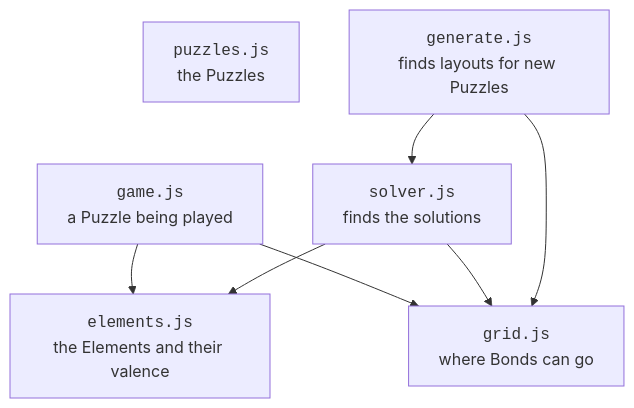
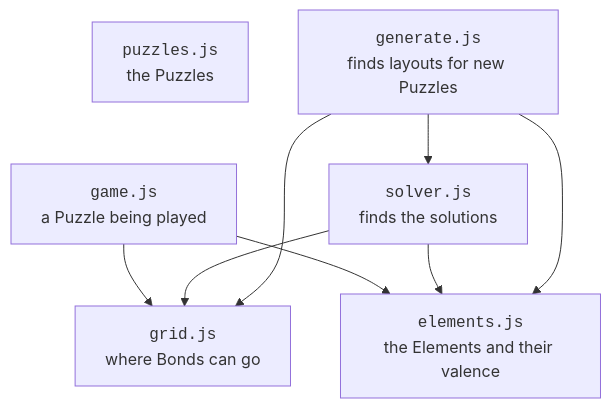
Before and after one commit to treetopbottle/molecuzzle: the second of 2 diagrams in docs/architecture.md, drawn with Mermaid. The commit also changed 1 other file, not shown here.

Commit message:
feat: the generator stops at a Bond with an Element the game doesn't have

````diff
--- a/docs/architecture.md
+++ b/docs/architecture.md
@@ -40,16 +40,17 @@
 ```mermaid
 flowchart TD
   puzzles["<code>puzzles.js</code><br/>the Puzzles"]
   game["<code>game.js</code><br/>a Puzzle being played"]
   solver["<code>solver.js</code><br/>finds the solutions"]
   gen["<code>generate.js</code><br/>finds layouts for new Puzzles"]
   grid["<code>grid.js</code><br/>where Bonds can go"]
   elements["<code>elements.js</code><br/>the Elements and their valence"]
 
   game --> elements
   game --> grid
   solver --> elements
   solver --> grid
   gen --> grid
+  gen --> elements
   gen --> solver
 ```
````
